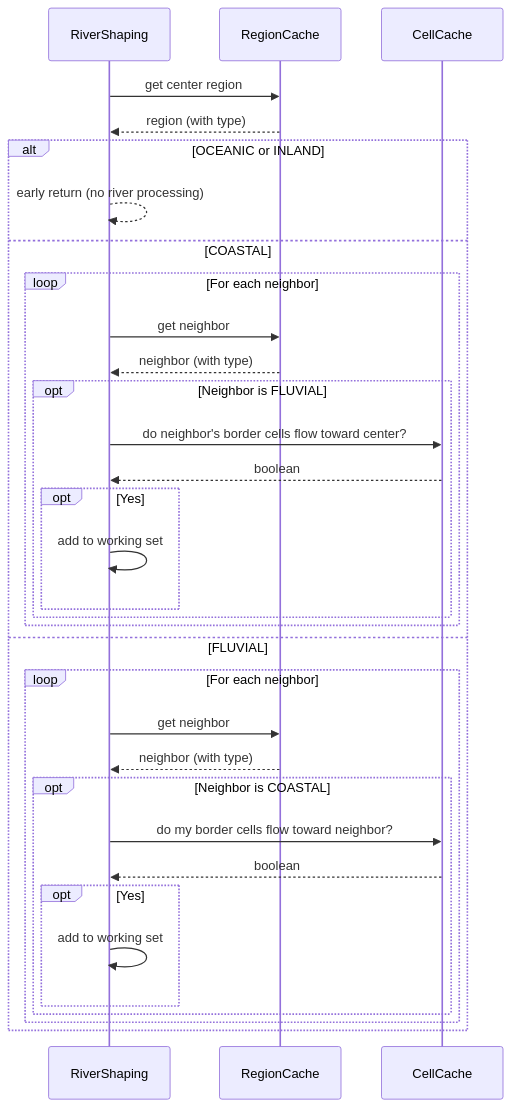
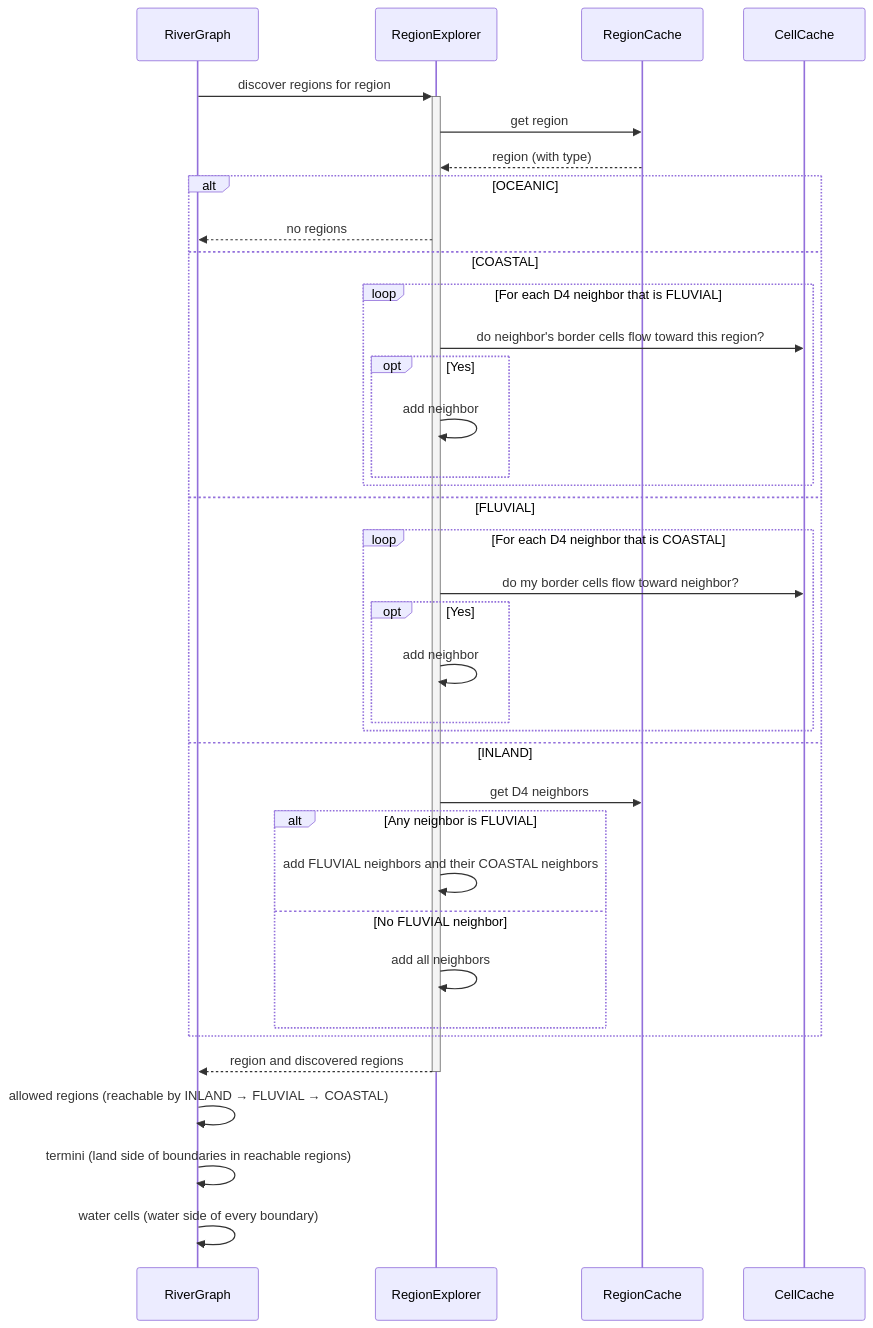
The eighth of 22 diagrams in docs/features/rivers/Rough Diagrams.md (SoSly/RiverTale), drawn with Mermaid before and after one commit. The commit also changed other lines of this file and 33 other files, not shown here.

Commit message:
docs: replace stale feature docs with an accurate rough diagrams map

````diff
--- a/docs/features/rivers/Rough Diagrams.md
+++ b/docs/features/rivers/Rough Diagrams.md
@@ -179,41 +261,42 @@
 ```mermaid
 sequenceDiagram
-    participant RiverShaping
+    participant RiverGraph
+    participant RegionExplorer
     participant RegionCache
     participant CellCache
 
-    RiverShaping ->> RegionCache: get center region
-    RegionCache -->> RiverShaping: region (with type)
+    RiverGraph ->>+ RegionExplorer: discover regions for region
+    RegionExplorer ->> RegionCache: get region
+    RegionCache -->> RegionExplorer: region (with type)
 
-    alt OCEANIC or INLAND
-        RiverShaping -->> RiverShaping: early return (no river processing)
+    alt OCEANIC
+        RegionExplorer -->> RiverGraph: no regions
     else COASTAL
-        loop For each neighbor
-            RiverShaping ->> RegionCache: get neighbor
-            RegionCache -->> RiverShaping: neighbor (with type)
-
-            opt Neighbor is FLUVIAL
-                RiverShaping ->> CellCache: do neighbor's border cells flow toward center?
-                CellCache -->> RiverShaping: boolean
-
-                opt Yes
-                    RiverShaping ->> RiverShaping: add to working set
-                end
+        loop For each D4 neighbor that is FLUVIAL
+            RegionExplorer ->> CellCache: do neighbor's border cells flow toward this region?
+            opt Yes
+                RegionExplorer ->> RegionExplorer: add neighbor
             end
         end
     else FLUVIAL
-        loop For each neighbor
-            RiverShaping ->> RegionCache: get neighbor
-            RegionCache -->> RiverShaping: neighbor (with type)
-
-            opt Neighbor is COASTAL
-                RiverShaping ->> CellCache: do my border cells flow toward neighbor?
-                CellCache -->> RiverShaping: boolean
-
-                opt Yes
-                    RiverShaping ->> RiverShaping: add to working set
-                end
+        loop For each D4 neighbor that is COASTAL
+            RegionExplorer ->> CellCache: do my border cells flow toward neighbor?
+            opt Yes
+                RegionExplorer ->> RegionExplorer: add neighbor
             end
         end
+    else INLAND
+        RegionExplorer ->> RegionCache: get D4 neighbors
+        alt Any neighbor is FLUVIAL
+            RegionExplorer ->> RegionExplorer: add FLUVIAL neighbors and their COASTAL neighbors
+        else No FLUVIAL neighbor
+            RegionExplorer ->> RegionExplorer: add all neighbors
+        end
     end
+
+    RegionExplorer -->>- RiverGraph: region and discovered regions
+
+    RiverGraph ->> RiverGraph: allowed regions (reachable by INLAND → FLUVIAL → COASTAL)
+    RiverGraph ->> RiverGraph: termini (land side of boundaries in reachable regions)
+    RiverGraph ->> RiverGraph: water cells (water side of every boundary)
 ```
````
